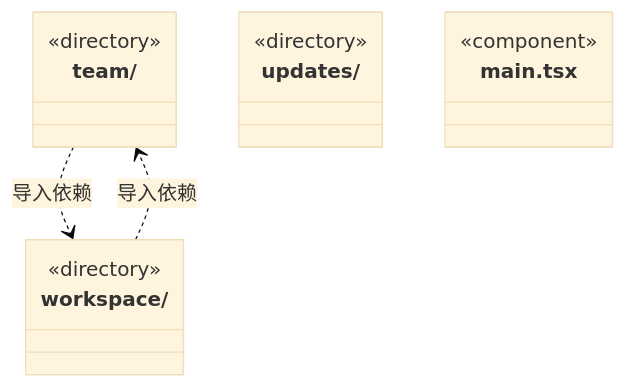
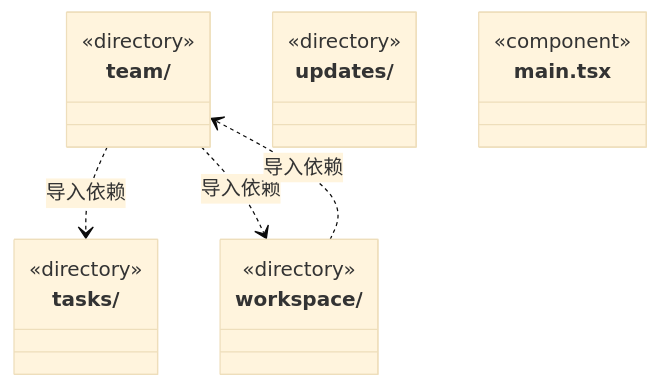
The third of 3 diagrams in src/frontend/ARCHITECTURE.md (nan023062/cbim), drawn with Mermaid (base theme) before and after one commit. The commit also changed other lines of this file and 33 other files, not shown here.

````diff
--- a/src/frontend/ARCHITECTURE.md
+++ b/src/frontend/ARCHITECTURE.md
@@ -71,17 +69,21 @@
 ```mermaid
 classDiagram
+class N_src_frontend_tasks["tasks/"] {
+  <<directory>>
+}
 class N_src_frontend_team["team/"] {
   <<directory>>
 }
 class N_src_frontend_updates["updates/"] {
   <<directory>>
 }
 class N_src_frontend_workspace["workspace/"] {
   <<directory>>
 }
 class N_src_frontend_main_tsx["main.tsx"] {
   <<component>>
 }
+N_src_frontend_team ..> N_src_frontend_tasks : 导入依赖
 N_src_frontend_team ..> N_src_frontend_workspace : 导入依赖
 N_src_frontend_workspace ..> N_src_frontend_team : 导入依赖
 ```
````
